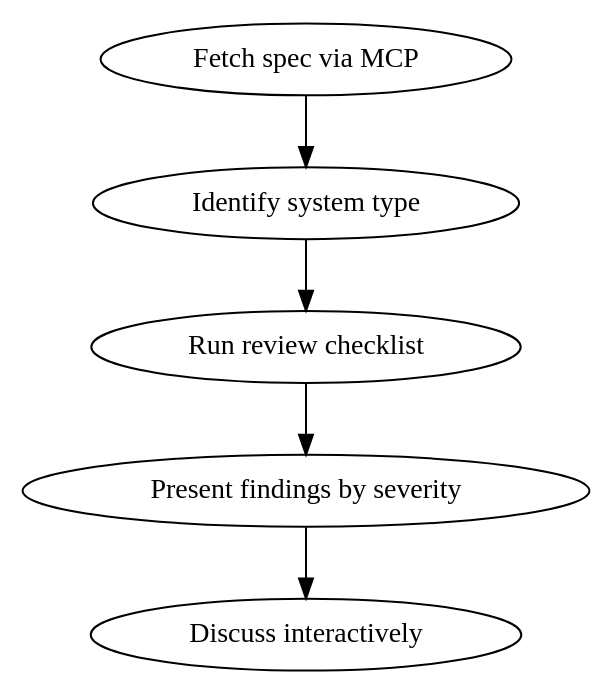
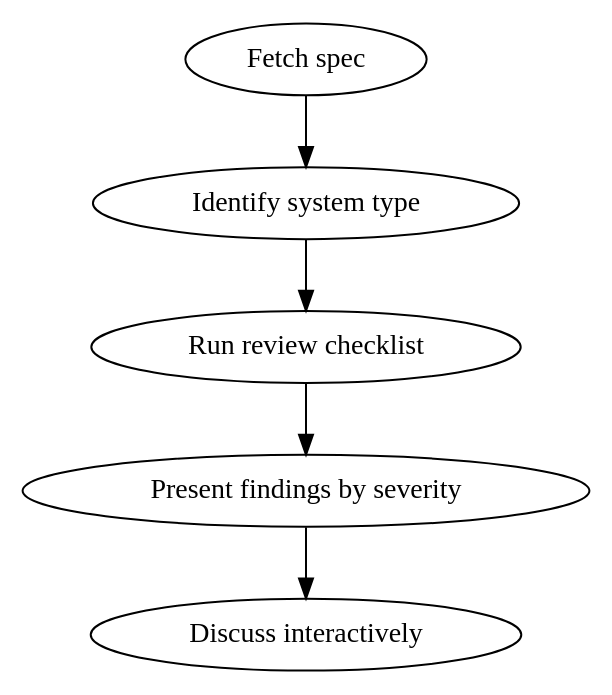
The diagram in reviewing-design-specs/skills/reviewing-design-specs/SKILL.md (chibiliplop/claude-plugins), drawn with Graphviz before and after one commit. The commit also changed other lines of this file, not shown here.

````diff
--- a/reviewing-design-specs/skills/reviewing-design-specs/SKILL.md
+++ b/reviewing-design-specs/skills/reviewing-design-specs/SKILL.md
@@ -22,8 +23,8 @@
 ```dot
 digraph review {
-  "Fetch spec via MCP" -> "Identify system type";
+  "Fetch spec" -> "Identify system type";
   "Identify system type" -> "Run review checklist";
   "Run review checklist" -> "Present findings by severity";
   "Present findings by severity" -> "Discuss interactively";
 }
 ```
````
